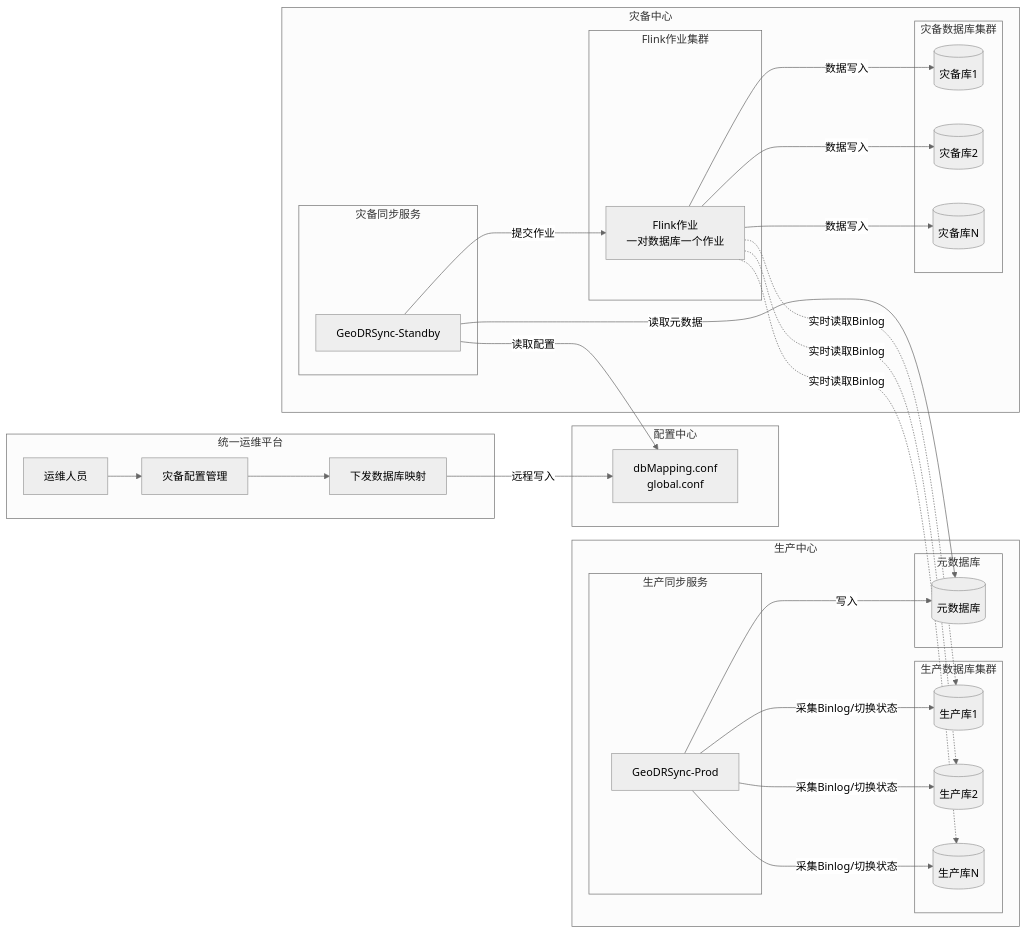
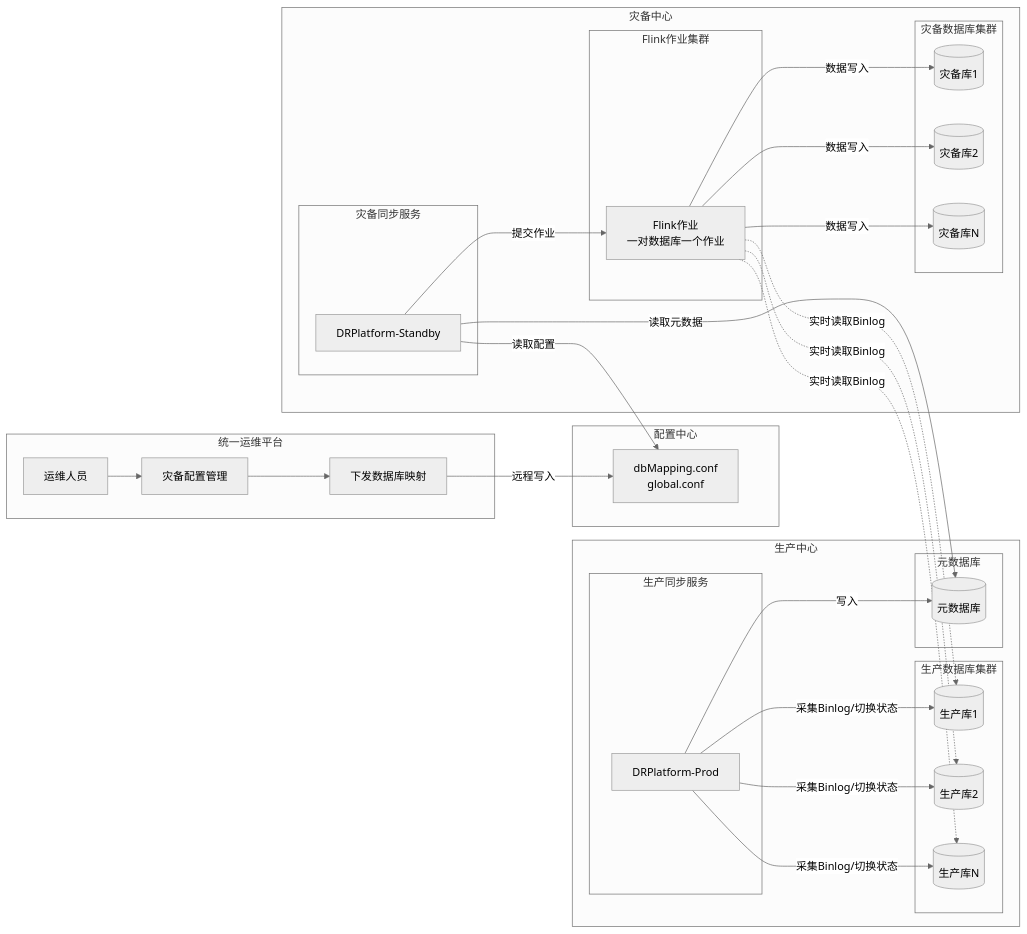
Before and after one commit to Mr-ethan-first/Product: the second of 13 diagrams in Java项目详细设计说明书（最终版）.md, drawn with Mermaid (neutral theme). The commit also changed other lines of this file and 223 other files, not shown here.

First line of the commit message:
重构: GeoDRSync→DRPlatform, flink-cdc-sync→remote-data-sync

````diff
--- a/Java项目详细设计说明书（最终版）.md
+++ b/Java项目详细设计说明书（最终版）.md
@@ -144,55 +144,55 @@
 ```mermaid
 graph LR
     subgraph 统一运维平台
         A[运维人员] --> B[灾备配置管理]
         B --> C[下发数据库映射]
     end
 
     subgraph 配置中心
         D[dbMapping.conf<br/>global.conf]
     end
 
     C -->|远程写入| D
 
     subgraph 生产中心
         subgraph 生产数据库集群
             P1[(生产库1)]
             P2[(生产库2)]
             Pn[(生产库N)]
         end
         subgraph 生产同步服务
-            S1[GeoDRSync-Prod]
+            S1[DRPlatform-Prod]
         end
         subgraph 元数据库
             M[(元数据库)]
         end
         S1 -->|采集Binlog/切换状态| P1
         S1 -->|采集Binlog/切换状态| P2
         S1 -->|采集Binlog/切换状态| Pn
         S1 -->|写入| M
     end
 
     subgraph 灾备中心
         subgraph 灾备同步服务
-            S2[GeoDRSync-Standby]
+            S2[DRPlatform-Standby]
         end
         subgraph Flink作业集群
             F[Flink作业<br/>一对数据库一个作业]
         end
         subgraph 灾备数据库集群
             B1[(灾备库1)]
             B2[(灾备库2)]
             Bn[(灾备库N)]
         end
         S2 -->|读取配置| D
         S2 -->|读取元数据| M
         S2 -->|提交作业| F
         F -->|数据写入| B1
         F -->|数据写入| B2
         F -->|数据写入| Bn
     end
 
     F -.->|实时读取Binlog| P1
     F -.->|实时读取Binlog| P2
     F -.->|实时读取Binlog| Pn
 ```
````
